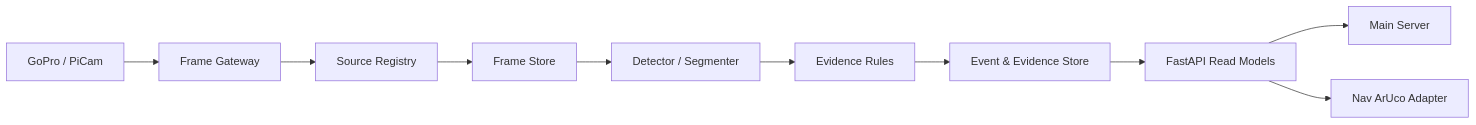
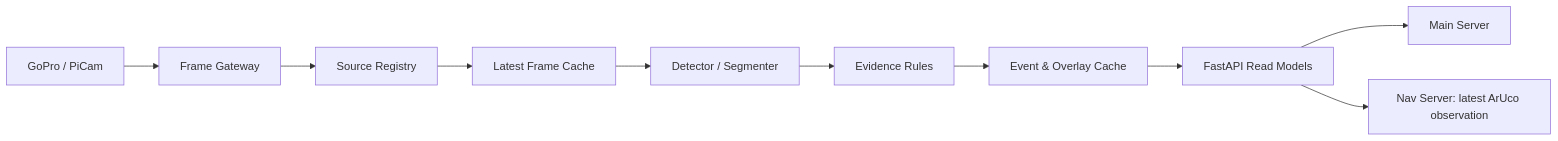
Before and after one commit to eduwing-robotics/ros2-ai-amr-repo3: the diagram in ai-server/README.md, drawn with Mermaid. The commit also changed other lines of this file and 6 other files, not shown here.

````diff
--- a/ai-server/README.md
+++ b/ai-server/README.md
@@ -7,12 +18,12 @@
 ```mermaid
 flowchart LR
     Camera[GoPro / PiCam] --> Gateway[Frame Gateway]
     Gateway --> Registry[Source Registry]
-    Registry --> Store[Frame Store]
-    Store --> Model[Detector / Segmenter]
+    Registry --> Frame[Latest Frame Cache]
+    Frame --> Model[Detector / Segmenter]
     Model --> Rule[Evidence Rules]
-    Rule --> Event[Event & Evidence Store]
-    Event --> API[FastAPI Read Models]
+    Rule --> Cache[Event & Overlay Cache]
+    Cache --> API[FastAPI Read Models]
     API --> Main[Main Server]
-    API --> Nav[Nav ArUco Adapter]
+    API --> Nav[Nav Server: latest ArUco observation]
 ```
````
